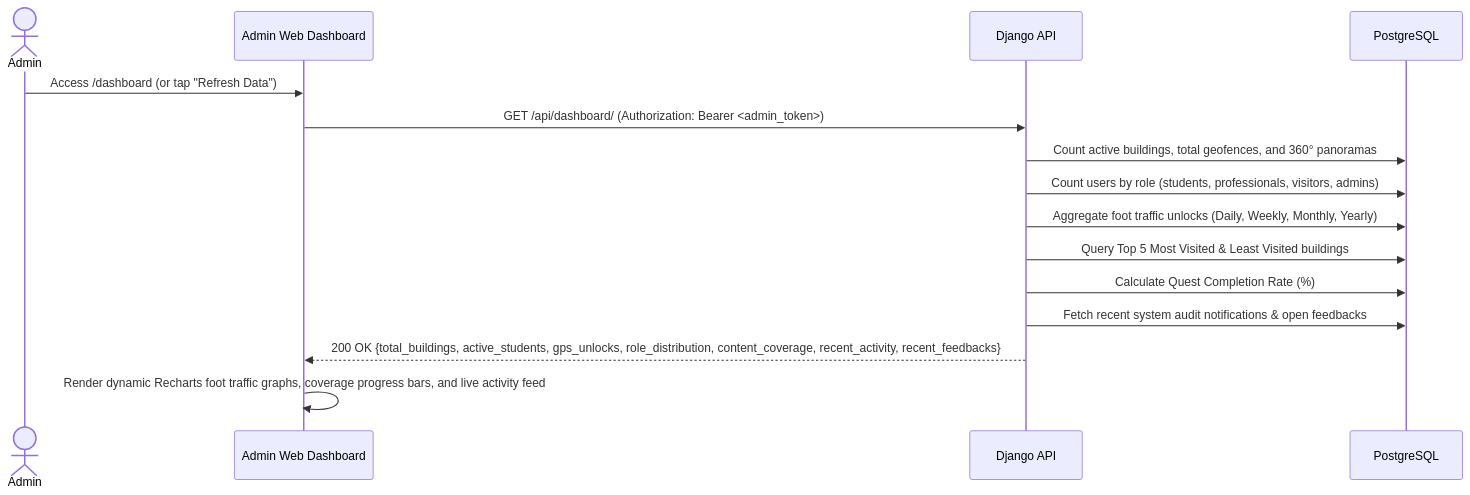
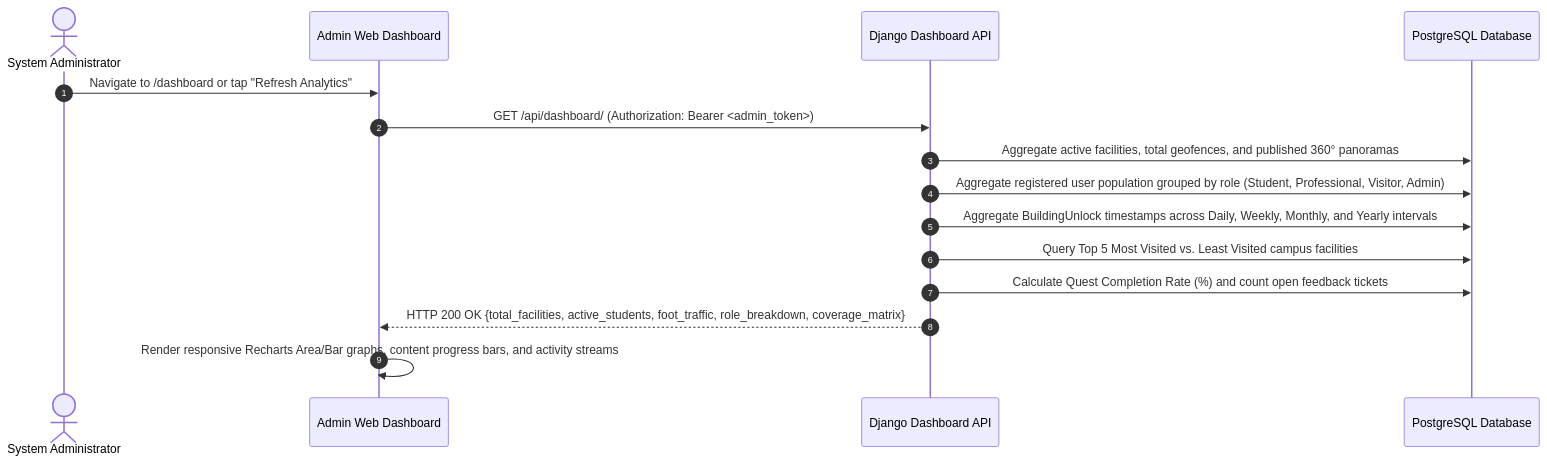
One commit to Cipher-Syntax/ARQuest changed the eighth of 11 diagrams in data-flow.md. Above: the diagram before and after it, drawn with Mermaid. The commit also changed other lines of this file and 8 other files, not shown here.

Commit message:
Updated: documentation + diagrams

````diff
--- a/data-flow.md
+++ b/data-flow.md
@@ -235,18 +279,18 @@
 ```mermaid
 sequenceDiagram
-    actor Admin
-    participant Dashboard as Admin Web Dashboard
-    participant API as Django API
-    participant DB as PostgreSQL
+    autonumber
+    actor Admin as System Administrator
+    participant Web as Admin Web Dashboard
+    participant API as Django Dashboard API
+    participant DB as PostgreSQL Database
 
-    Admin->>Dashboard: Access /dashboard (or tap "Refresh Data")
-    Dashboard->>API: GET /api/dashboard/ (Authorization: Bearer <admin_token>)
-    API->>DB: Count active buildings, total geofences, and 360° panoramas
-    API->>DB: Count users by role (students, professionals, visitors, admins)
-    API->>DB: Aggregate foot traffic unlocks (Daily, Weekly, Monthly, Yearly)
-    API->>DB: Query Top 5 Most Visited & Least Visited buildings
-    API->>DB: Calculate Quest Completion Rate (%)
-    API->>DB: Fetch recent system audit notifications & open feedbacks
-    API-->>Dashboard: 200 OK {total_buildings, active_students, gps_unlocks, role_distribution, content_coverage, recent_activity, recent_feedbacks}
-    Dashboard->>Dashboard: Render dynamic Recharts foot traffic graphs, coverage progress bars, and live activity feed
+    Admin->>Web: Navigate to /dashboard or tap "Refresh Analytics"
+    Web->>API: GET /api/dashboard/ (Authorization: Bearer <admin_token>)
+    API->>DB: Aggregate active facilities, total geofences, and published 360° panoramas
+    API->>DB: Aggregate registered user population grouped by role (Student, Professional, Visitor, Admin)
+    API->>DB: Aggregate BuildingUnlock timestamps across Daily, Weekly, Monthly, and Yearly intervals
+    API->>DB: Query Top 5 Most Visited vs. Least Visited campus facilities
+    API->>DB: Calculate Quest Completion Rate (%) and count open feedback tickets
+    API-->>Web: HTTP 200 OK {total_facilities, active_students, foot_traffic, role_breakdown, coverage_matrix}
+    Web->>Web: Render responsive Recharts Area/Bar graphs, content progress bars, and activity streams
 ```
````
